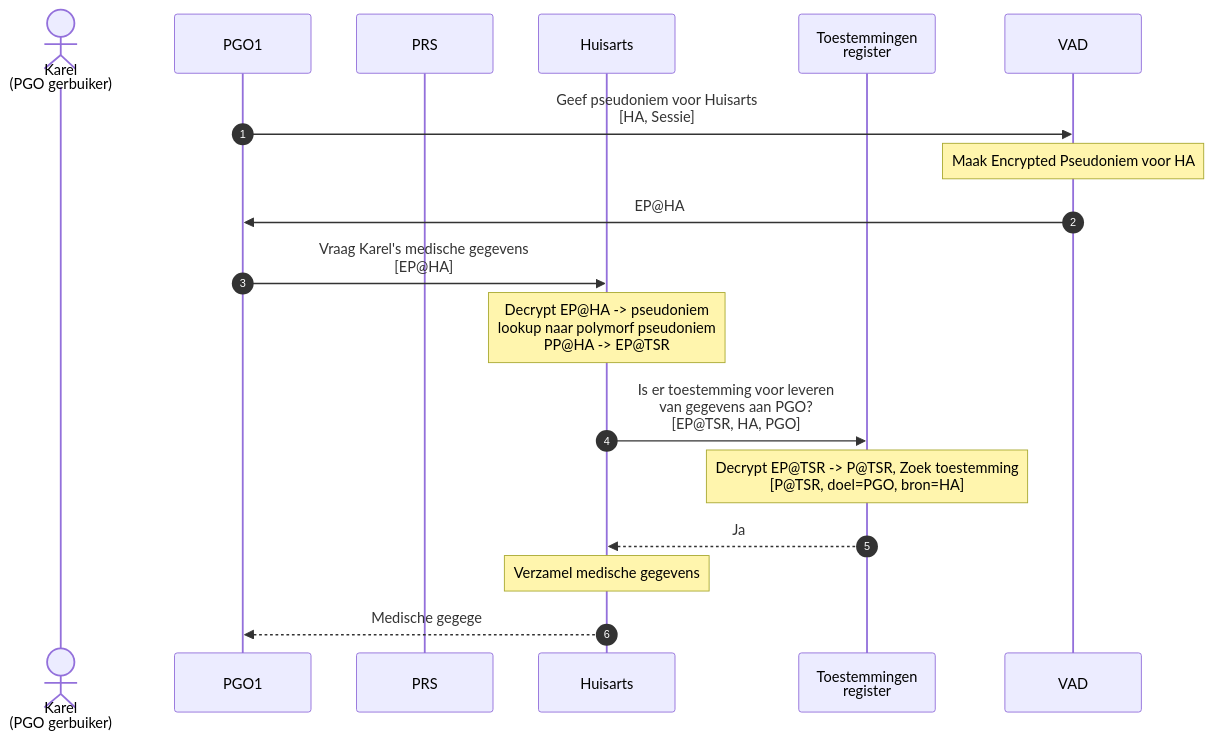
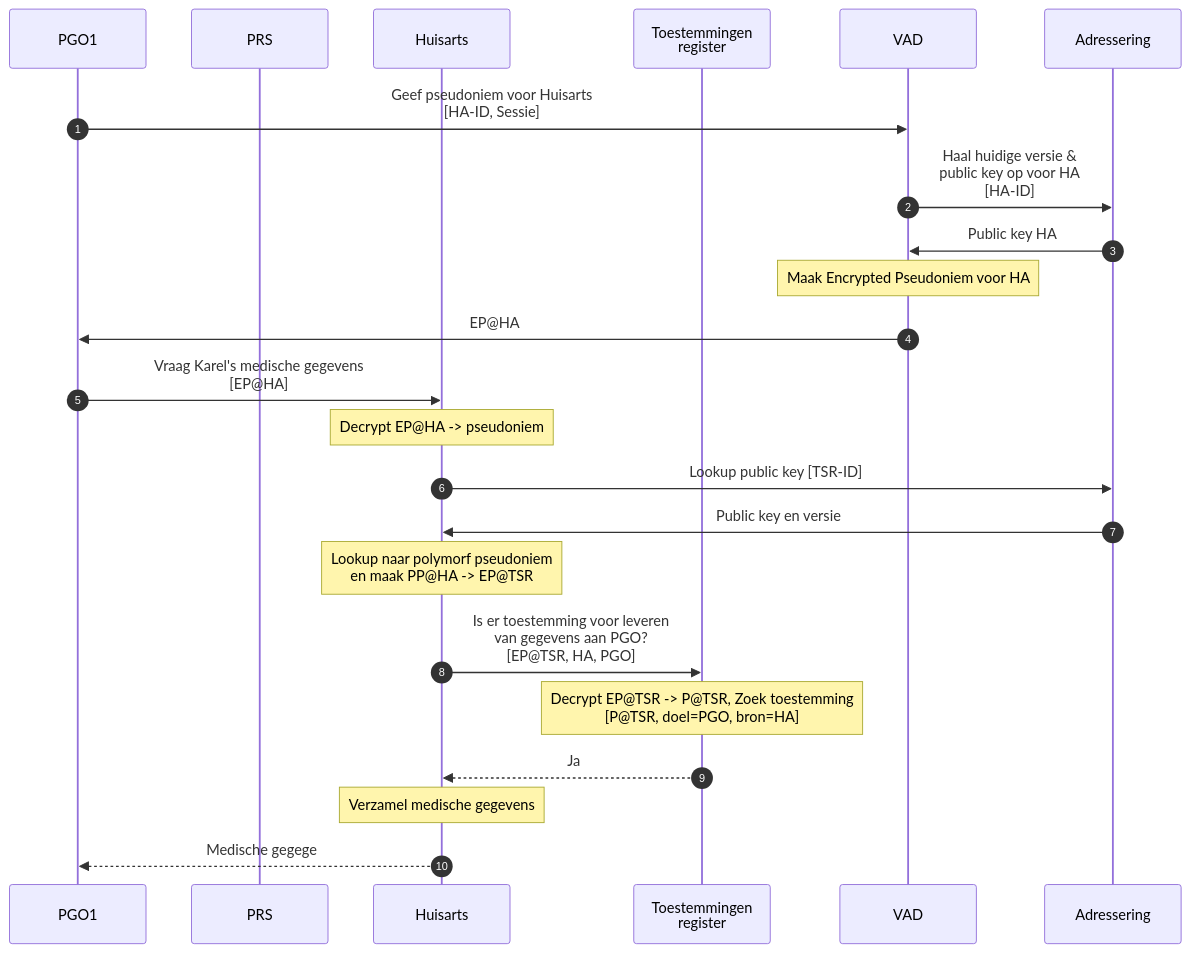
The second of 7 diagrams in docs/docs.md (stevenvegt/pep-go), drawn with Mermaid before and after one commit. The commit also changed other lines of this file, not shown here.

Commit message:
Fix voor PGO authenticatie

````diff
--- a/docs/docs.md
+++ b/docs/docs.md
@@ -34,23 +35,27 @@
 ```mermaid
 
 sequenceDiagram
-    actor burger as Karel<br>(PGO gerbuiker)
     participant PGO1
     participant PRS
     participant HA as Huisarts
     participant TSR as Toestemmingen<br> register
 
     autonumber
 
-    PGO1 ->> VAD: Geef pseudoniem voor Huisarts<br> [HA, Sessie]
+    PGO1 ->> VAD: Geef pseudoniem voor Huisarts<br> [HA-ID, Sessie]
+    VAD ->> Adressering: Haal huidige versie &<br> public key op voor HA<br>[HA-ID]
+    Adressering->>VAD: Public key HA
     note over VAD: Maak Encrypted Pseudoniem voor HA
     VAD ->> PGO1: EP@HA
 
     PGO1 ->> HA: Vraag Karel's medische gegevens<br> [EP@HA]
-    note over HA: Decrypt EP@HA -> pseudoniem<br> lookup naar polymorf pseudoniem<br> PP@HA -> EP@TSR
+    note over HA: Decrypt EP@HA -> pseudoniem
+    HA->>Adressering: Lookup public key [TSR-ID]
+    Adressering->>HA: Public key en versie
+    note over HA: Lookup naar polymorf pseudoniem<br>en maak PP@HA -> EP@TSR
     HA ->> TSR: Is er toestemming voor leveren<br> van gegevens aan PGO?<br> [EP@TSR, HA, PGO]
     note over TSR: Decrypt EP@TSR -> P@TSR, Zoek toestemming<br> [P@TSR, doel=PGO, bron=HA]
     TSR -->> HA: Ja
     note over HA: Verzamel medische gegevens
     HA -->> PGO1: Medische gegege
 ```
````
